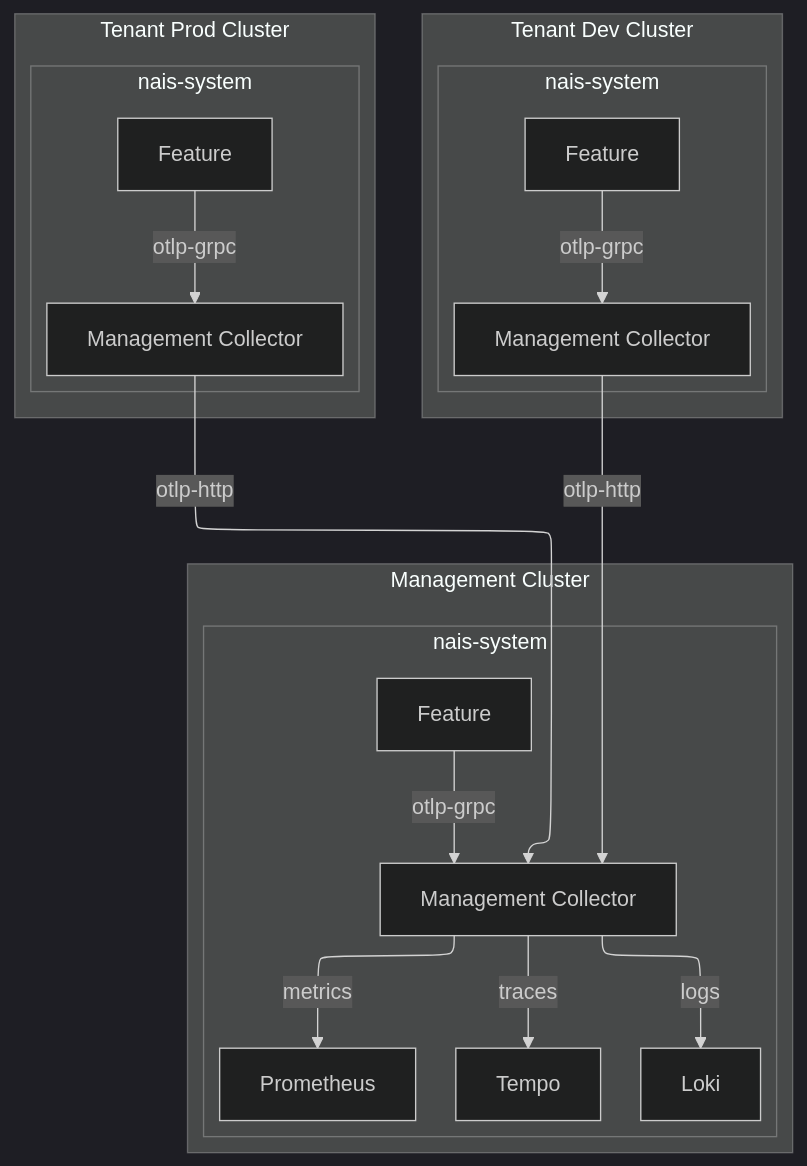
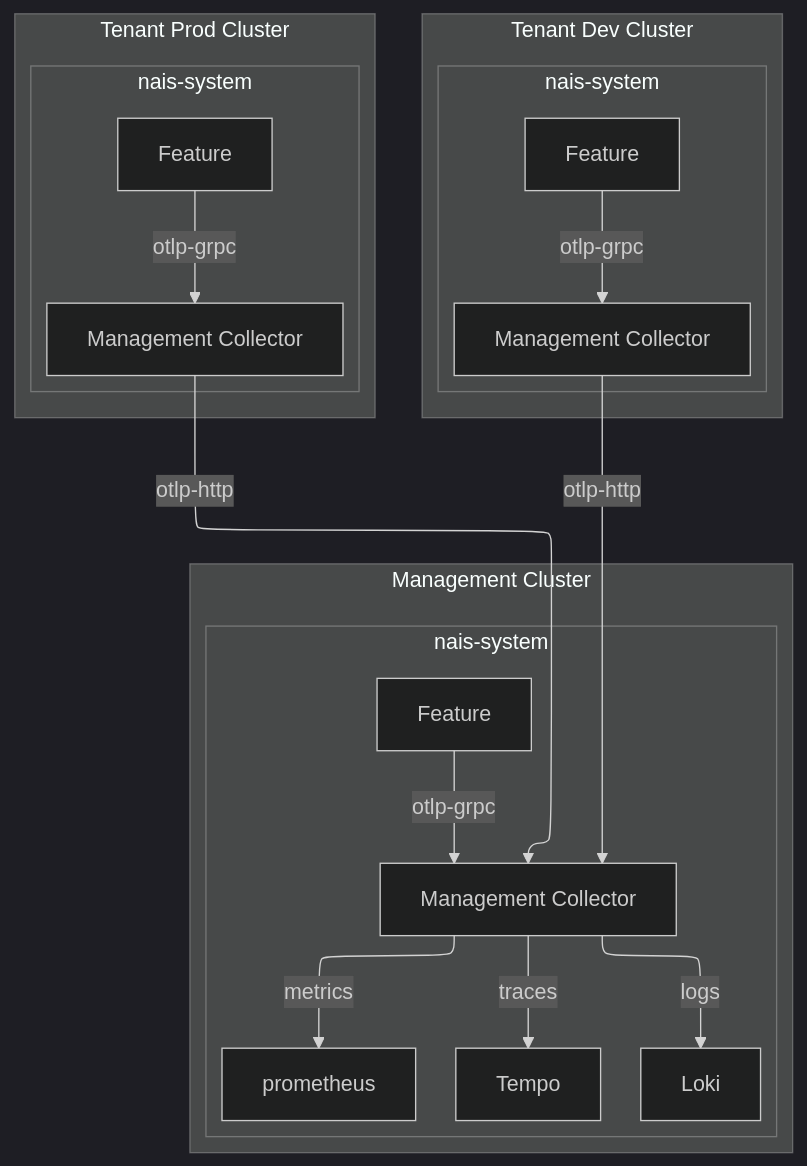
The fourth of 4 diagrams in docs/technical/observability.md (nais/handbook), drawn with Mermaid before and after one commit. The commit also changed other lines of this file, not shown here.

````diff
--- a/docs/technical/observability.md
+++ b/docs/technical/observability.md
@@ -98,43 +133,43 @@
 ```mermaid
 ---
 config:
     flowchart:
         defaultRenderer: elk
 ---
 %%{init: {'theme':'dark'}}%%
 flowchart
   subgraph "management"[Management Cluster]
     subgraph "management-nais-system"[nais-system]
       OtelCollector[Management Collector]
       Tempo
       Loki
-      Prometheus
+      prometheus
       Feature[Feature]
     end
   end
 
   subgraph "dev"[Tenant Dev Cluster]
     subgraph "dev-nais-system"[nais-system]
       DevFeature[Feature]
       DevOtelC[Management Collector]
     end
   end
 
   subgraph "prod"[Tenant Prod Cluster]
     subgraph "prod-nais-system"[nais-system]
       ProdFeature[Feature]
       ProdOtelC[Management Collector]
     end
   end
 
   Feature -- otlp-grpc --> OtelCollector
 
   DevFeature -- otlp-grpc --> DevOtelC
   ProdFeature -- otlp-grpc --> ProdOtelC
   DevOtelC -- otlp-http --> OtelCollector
   ProdOtelC -- otlp-http --> OtelCollector
 
   OtelCollector -- traces --> Tempo
   OtelCollector -- logs --> Loki
-  OtelCollector -- metrics --> Prometheus
+  OtelCollector -- metrics --> prometheus
 ```
````
